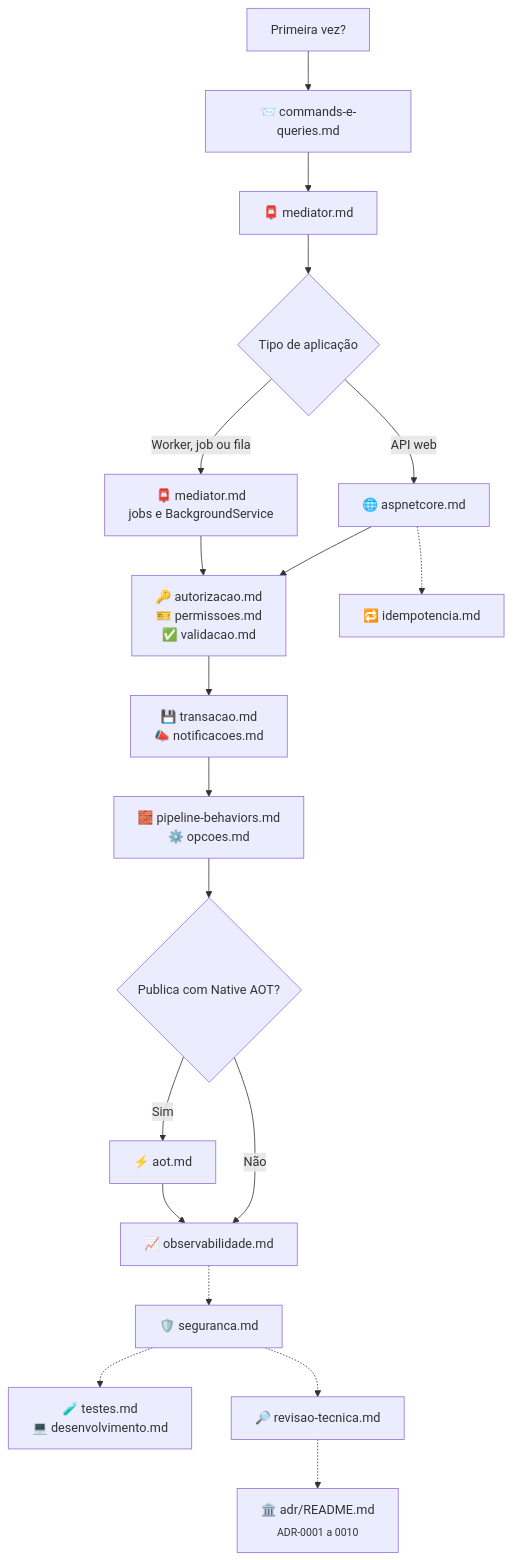
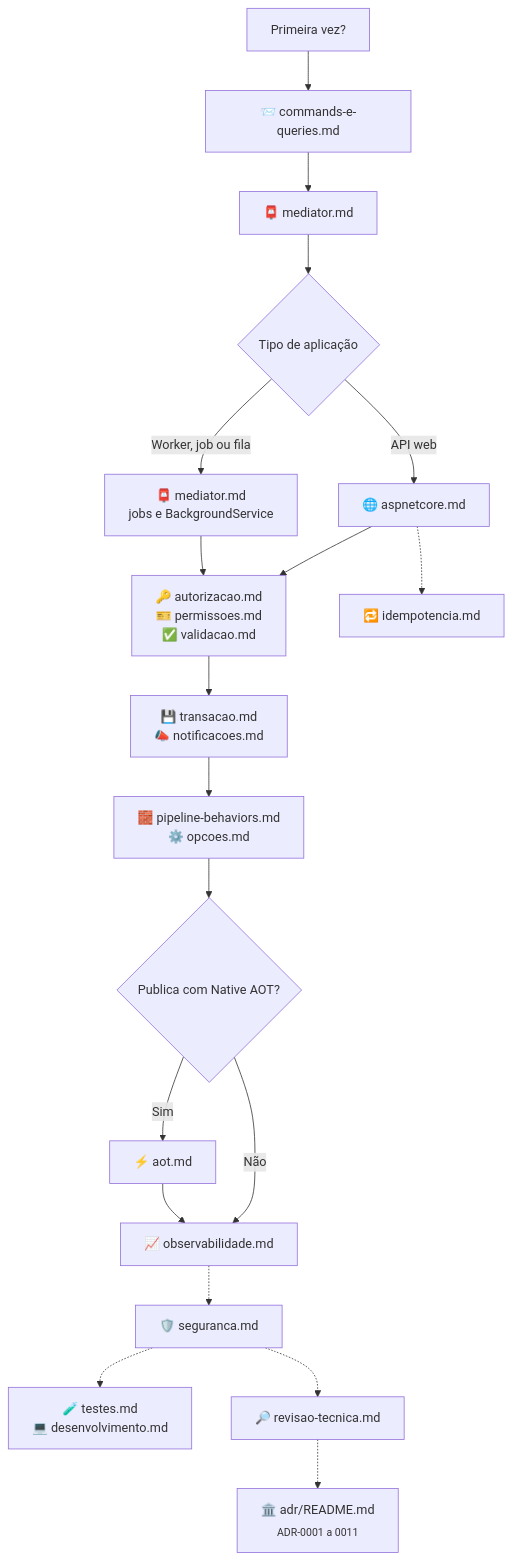
Before and after one commit to tudoemcodigo/lib-tec-cqrs: the diagram in docs/README.md, drawn with Mermaid. The commit also changed other lines of this file and 71 other files, not shown here.

````diff
--- a/docs/README.md
+++ b/docs/README.md
@@ -49,21 +49,21 @@
 ```mermaid
 flowchart TD
     A["Primeira vez?"] --> B["📨 commands-e-queries.md"]
     B --> M["📮 mediator.md"]
     M --> D{"Tipo de aplicação"}
     D -->|"API web"| E["🌐 aspnetcore.md"]
     D -->|"Worker, job ou fila"| F["📮 mediator.md<br/>jobs e BackgroundService"]
     E --> G["🔑 autorizacao.md<br/>🎫 permissoes.md<br/>✅ validacao.md"]
     E -.-> ID["🔁 idempotencia.md"]
     F --> G
     G --> H["💾 transacao.md<br/>📣 notificacoes.md"]
     H --> P["🧱 pipeline-behaviors.md<br/>⚙️ opcoes.md"]
     P --> I{"Publica com Native AOT?"}
     I -->|"Sim"| J["⚡ aot.md"]
     I -->|"Não"| K["📈 observabilidade.md"]
     J --> K
     K -.-> S["🛡️ seguranca.md"]
     S -.-> T["🧪 testes.md<br/>💻 desenvolvimento.md"]
     S -.-> RV["🔎 revisao-tecnica.md"]
-    RV -.-> ADR["🏛️ adr/README.md<br/><sub>ADR-0001 a 0010</sub>"]
+    RV -.-> ADR["🏛️ adr/README.md<br/><sub>ADR-0001 a 0011</sub>"]
 ```
````
